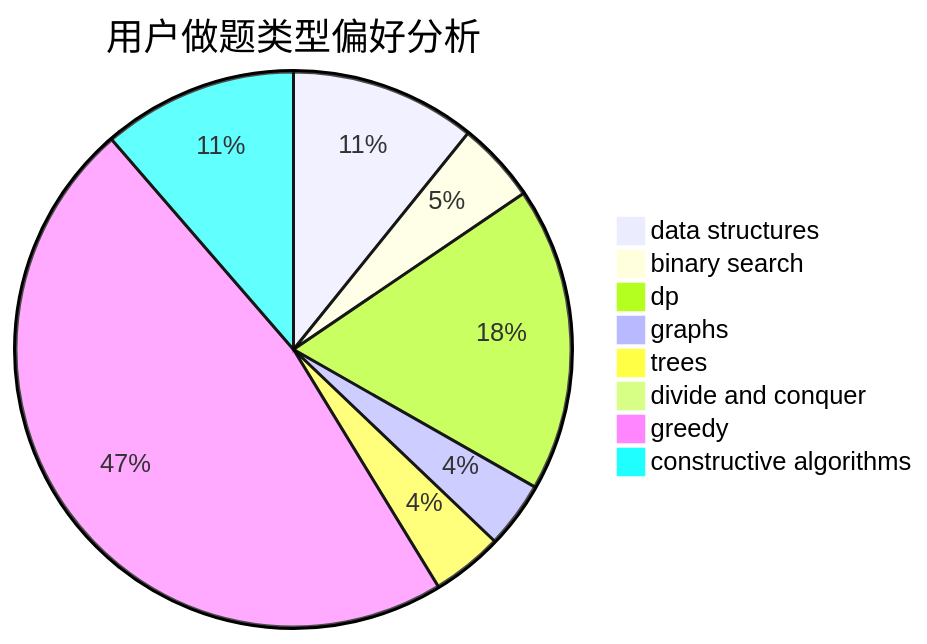
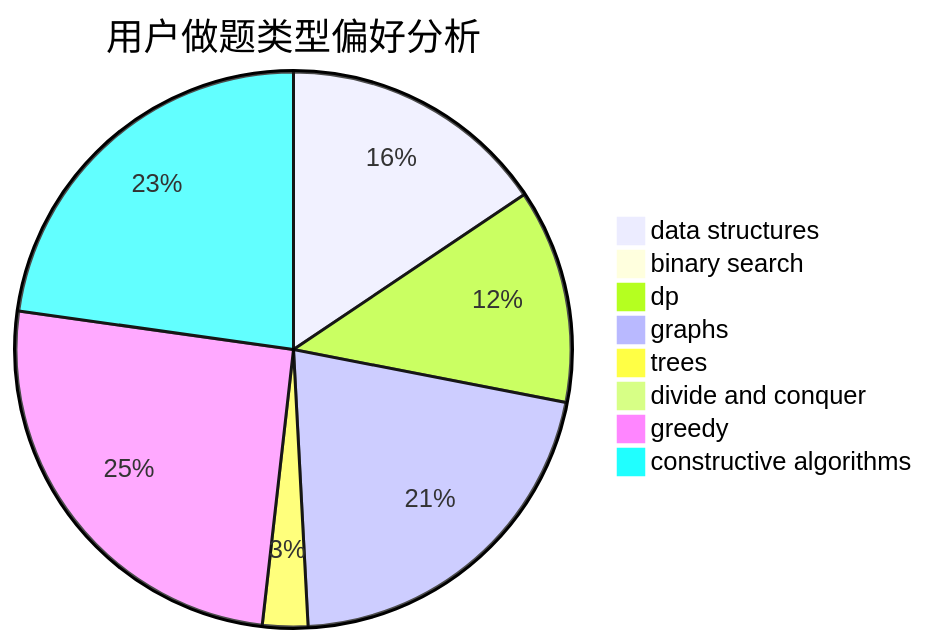
The second of 3 diagrams in docs/user/u239.md (sherpahu/cfrs.github.io), drawn with Mermaid before and after one commit. The commit also changed other lines of this file and 2770 other files, not shown here.

````diff
--- a/docs/user/u239.md
+++ b/docs/user/u239.md
@@ -23,11 +23,11 @@
 ```mermaid
 pie title 用户做题类型偏好分析
-    "data structures" :  39
-    "binary search" :  17
-    "dp" :  64
-    "graphs" :  14
-    "trees" :  15
+    "data structures" :  65
+    "binary search" :  0
+    "dp" :  52
+    "graphs" :  88
+    "trees" :  11
     "divide and conquer" :  0
-    "greedy" :  171
-    "constructive algorithms" :  41
+    "greedy" :  106
+    "constructive algorithms" :  95
 ```
````
